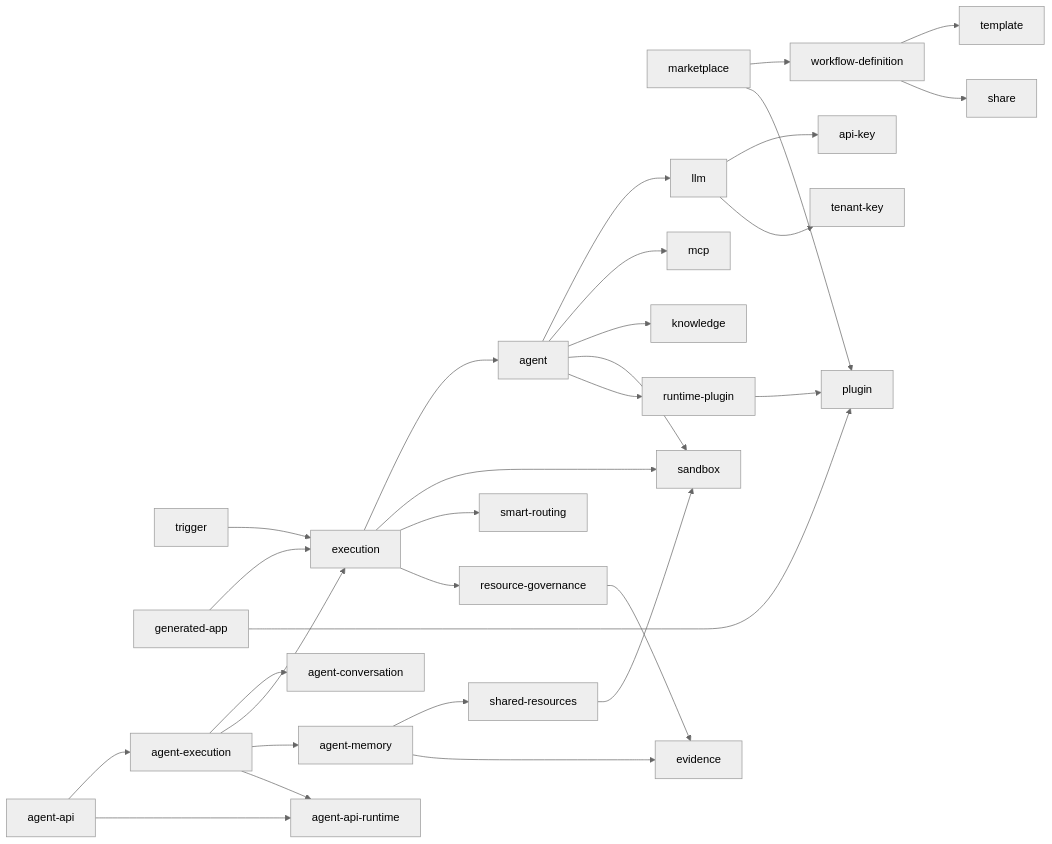
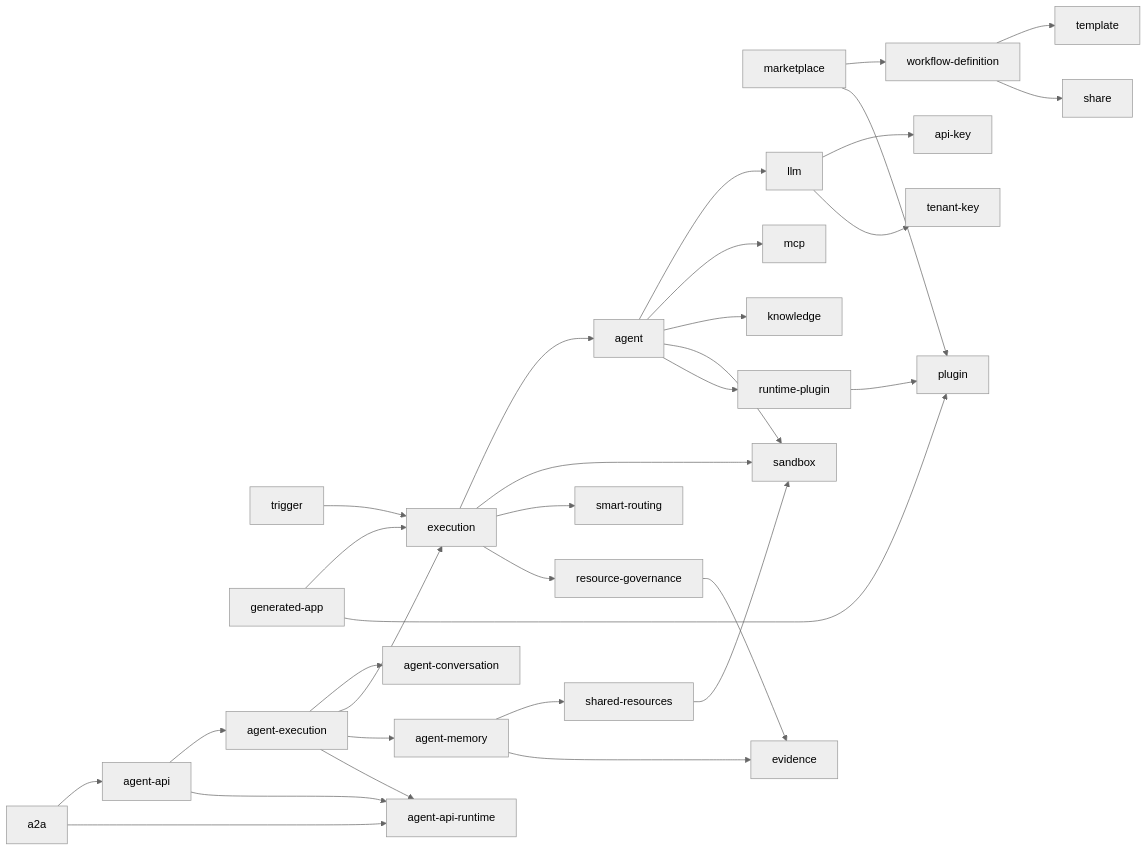
The diagram in agentloom-docs/dev/server/index.md (Lynricsy/AgentLoom), drawn with Mermaid (neutral theme) before and after one commit. The commit also changed other lines of this file and 7 other files, not shown here.

````diff
--- a/agentloom-docs/dev/server/index.md
+++ b/agentloom-docs/dev/server/index.md
@@ -199,32 +200,34 @@
 ```mermaid
 graph LR
     WD[workflow-definition] --> TPL[template]
     WD --> SH[share]
     TR[trigger] --> EX[execution]
     GA[generated-app] --> EX
     GA --> PL[plugin]
     MK[marketplace] --> WD
     MK --> PL
     EX --> AG[agent]
     EX --> SB[sandbox]
     EX --> SR[smart-routing]
     EX --> RG[resource-governance]
     AG --> LLM[llm]
     AG --> MCP[mcp]
     AG --> KN[knowledge]
     AG --> SB
     AG --> RP[runtime-plugin]
     RP --> PL
     LLM --> AK[api-key]
     LLM --> TK[tenant-key]
     AE[agent-execution] --> AC[agent-conversation]
     AE --> EX
     AE --> AM[agent-memory]
     AE --> AAR[agent-api-runtime]
     API[agent-api] --> AE
     API --> AAR
+    A2A[a2a] --> API
+    A2A --> AAR
     AM --> SHR[shared-resources]
     SHR --> SB
     RG --> EV[evidence]
     AM --> EV
 ```
````
